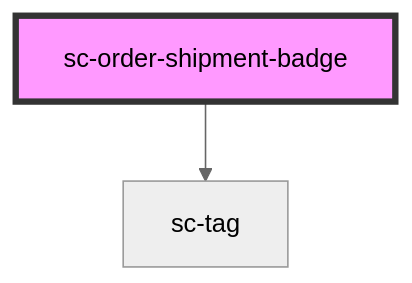
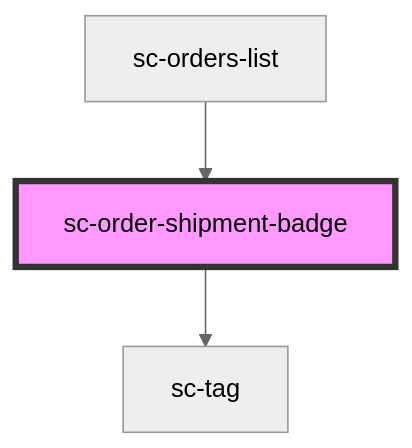
Before and after one commit to surecart/surecart-wp-plugin: the diagram in packages/components/src/components/ui/order-shipment-badge/readme.md, drawn with Mermaid (neutral theme). The commit also changed other lines of this file and 5 other files, not shown here.

````diff
--- a/packages/components/src/components/ui/order-shipment-badge/readme.md
+++ b/packages/components/src/components/ui/order-shipment-badge/readme.md
@@ -25,5 +29,6 @@
 ```mermaid
 graph TD;
   sc-order-shipment-badge --> sc-tag
+  sc-orders-list --> sc-order-shipment-badge
   style sc-order-shipment-badge fill:#f9f,stroke:#333,stroke-width:4px
 ```
````
